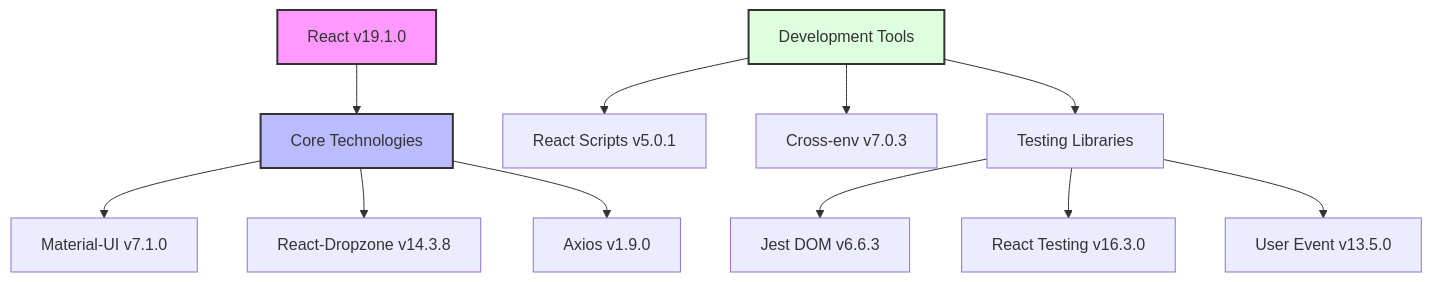
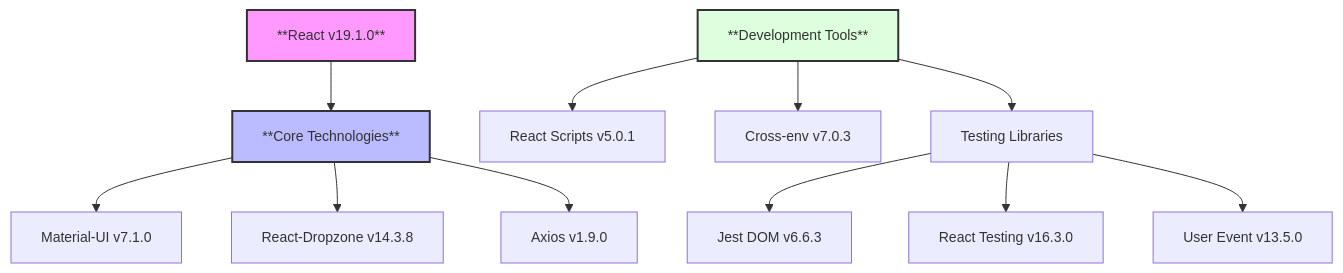
Before and after one commit to Dhruv0306/SymphonyProject1: the fourth of 4 diagrams in README.md, drawn with Mermaid. The commit also changed other lines of this file, not shown here.

````diff
--- a/README.md
+++ b/README.md
@@ -124,19 +143,27 @@
 ```mermaid
+%%{
+  init: {
+    'themeVariables': {
+      'fontSize': '14px',
+      'fontFamily': 'Arial, sans-serif'
+    }
+  }
+}%%
 graph TD
-    A[React v19.1.0] --> B[Core Technologies]
+    A[**React v19.1.0**] --> B[**Core Technologies**]
     B --> C[Material-UI v7.1.0]
     B --> D[React-Dropzone v14.3.8]
     B --> E[Axios v1.9.0]
     
-    F[Development Tools] --> G[React Scripts v5.0.1]
+    F[**Development Tools**] --> G[React Scripts v5.0.1]
     F --> H[Cross-env v7.0.3]
     F --> I[Testing Libraries]
     
     I --> J[Jest DOM v6.6.3]
     I --> K[React Testing v16.3.0]
     I --> L[User Event v13.5.0]
     
-    style A fill:#f9f,stroke:#333,stroke-width:2px
-    style B fill:#bbf,stroke:#333,stroke-width:2px
-    style F fill:#dfd,stroke:#333,stroke-width:2px
+    style A fill:#f9f,stroke:#333,stroke-width:2px,color:000
+    style B fill:#bbf,stroke:#333,stroke-width:2px,color:000
+    style F fill:#dfd,stroke:#333,stroke-width:2px,color:000
 ```
````
